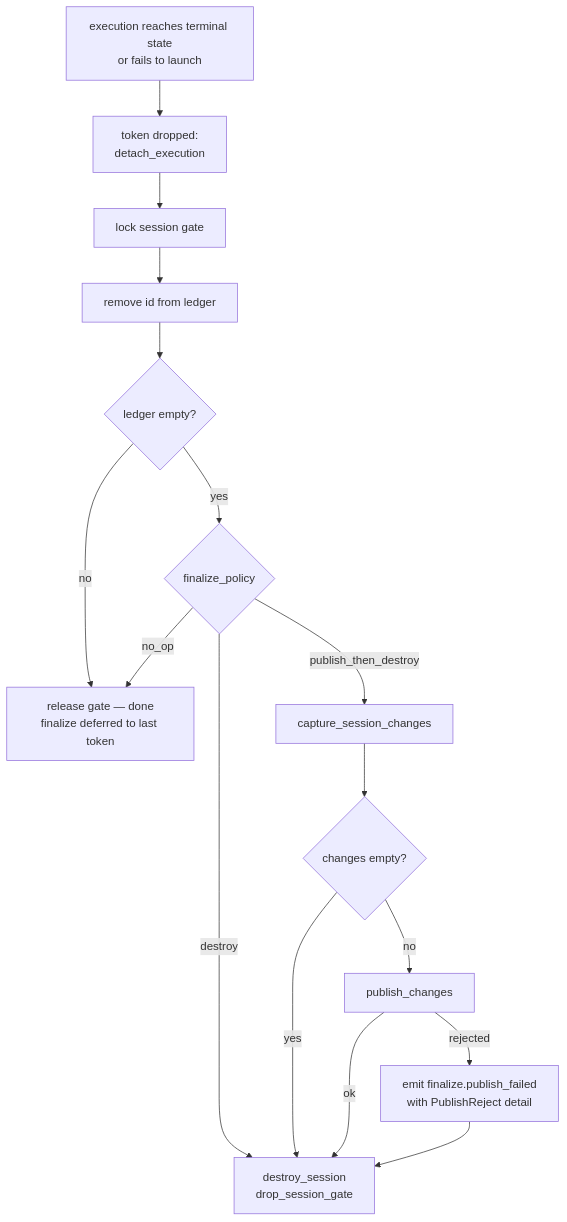
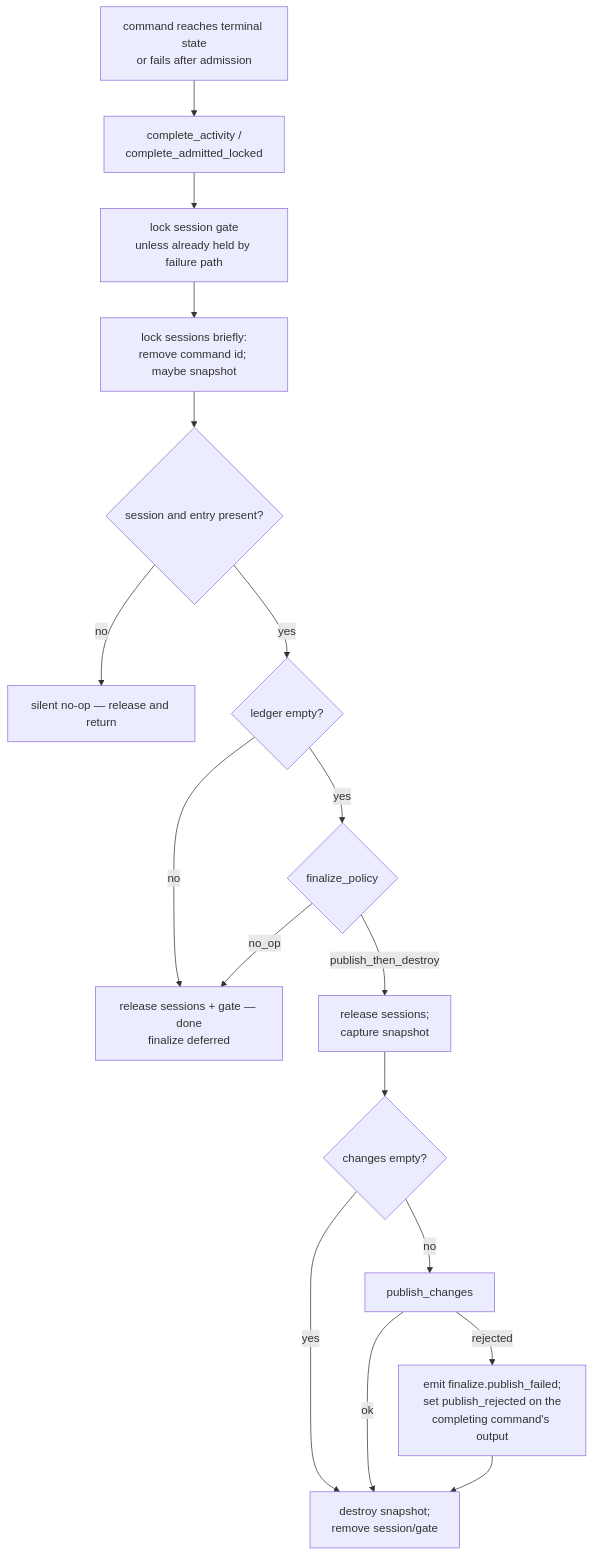
The third of 5 diagrams in docs/obsidian/ephemeral-os/implementation_plan/finalize-policy/spec.md (Ephemeral-AI-Lab/ephemeral-os), drawn with Mermaid before and after one commit. The commit also changed other lines of this file and 414 other files, not shown here.

````diff
--- a/docs/obsidian/ephemeral-os/implementation_plan/finalize-policy/spec.md
+++ b/docs/obsidian/ephemeral-os/implementation_plan/finalize-policy/spec.md
@@ -337,18 +546,19 @@
 ```mermaid
 flowchart TD
-    A[execution reaches terminal state<br/>or fails to launch] --> B[token dropped:<br/>detach_execution]
-    B --> C[lock session gate]
-    C --> D[remove id from ledger]
-    D --> E{ledger empty?}
-    E -- no --> F[release gate — done<br/>finalize deferred to last token]
+    A[command reaches terminal state<br/>or fails after admission] --> B[complete_activity /<br/>complete_admitted_locked]
+    B --> C[lock session gate<br/>unless already held by failure path]
+    C --> D[lock sessions briefly:<br/>remove command id; maybe snapshot]
+    D --> M{session and entry present?}
+    M -- no --> N[silent no-op — release and return]
+    M -- yes --> E{ledger empty?}
+    E -- no --> F[release sessions + gate — done<br/>finalize deferred]
     E -- yes --> G{finalize_policy}
     G -- no_op --> F
-    G -- destroy --> K[destroy_session<br/>drop_session_gate]
-    G -- publish_then_destroy --> H[capture_session_changes]
+    G -- publish_then_destroy --> H[release sessions;<br/>capture snapshot]
     H --> I{changes empty?}
     I -- yes --> K
     I -- no --> J[publish_changes]
     J -- ok --> K
-    J -- rejected --> L[emit finalize.publish_failed<br/>with PublishReject detail]
-    L --> K
+    J -- rejected --> L[emit finalize.publish_failed;<br/>set publish_rejected on the<br/>completing command's output]
+    L --> K[destroy snapshot;<br/>remove session/gate]
 ```
````
